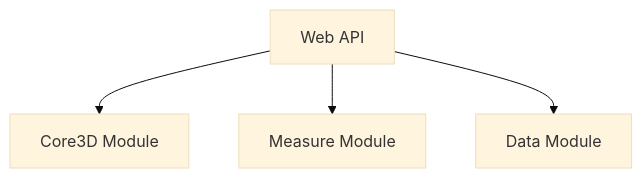
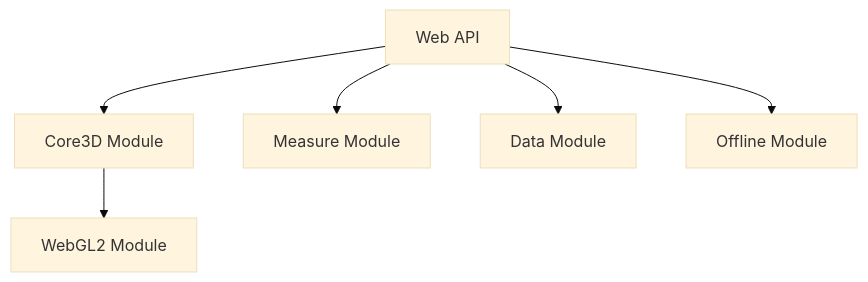
The diagram in docs/index.mdx (novorender/docs), drawn with Mermaid (base theme) before and after one commit. The commit also changed other lines of this file and 6 other files, not shown here.

````diff
--- a/docs/index.mdx
+++ b/docs/index.mdx
@@ -5,6 +5,8 @@
 ```mermaid
 graph TD;
-    A[Web API]-->B[Core3D Module]
-    A-->C[Measure Module]
-    A-->D[Data Module]
+    api[Web API]-->core3D[Core3D Module]
+    core3D-->webGL2[WebGL2 Module]
+    api-->measure[Measure Module]
+    api-->data[Data Module]
+    api-->offline[Offline Module]
 ```
````
